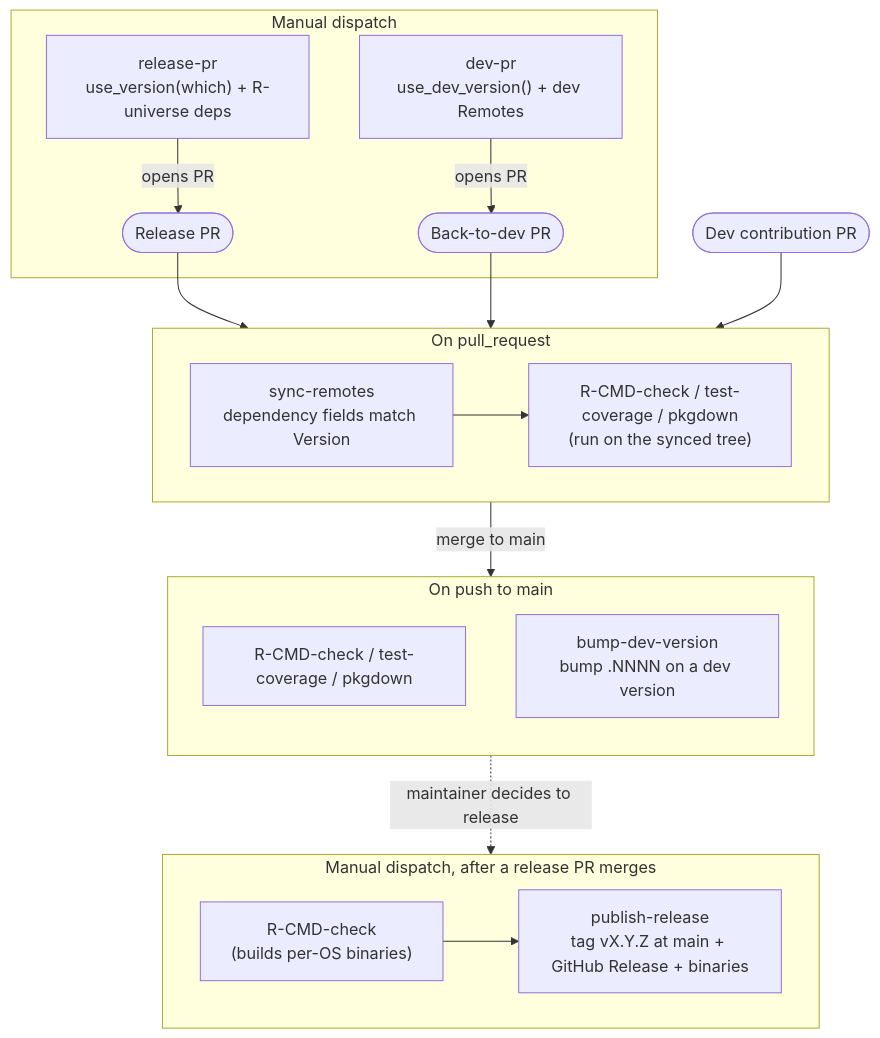
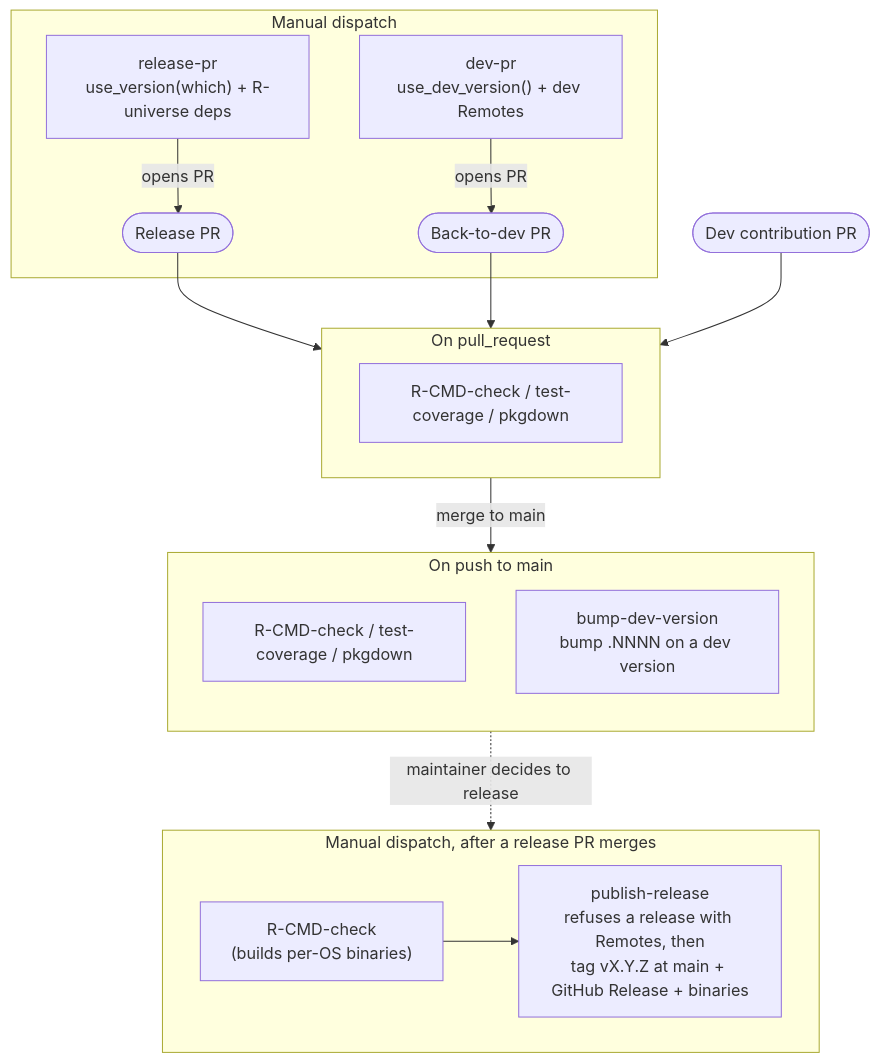
One commit to Open-Systems-Pharmacology/Workflows changed the diagram in README.md. Above: the diagram before and after it, drawn with Mermaid. The commit also changed other lines of this file and 8 other files, not shown here.

First line of the commit message:
Replace sync-remotes with a dependency check in setup-r-env

````diff
--- a/README.md
+++ b/README.md
@@ -280,29 +273,29 @@
 ```mermaid
 flowchart TD
     subgraph dispatch["Manual dispatch"]
       RPR["release-pr<br/>use_version(which) + R-universe deps"] -->|opens PR| RELPR(["Release PR"])
       DPR["dev-pr<br/>use_dev_version() + dev Remotes"] -->|opens PR| DEVPR(["Back-to-dev PR"])
     end
 
     subgraph pr["On pull_request"]
-      SYNC["sync-remotes<br/>dependency fields match Version"] --> CHECK["R-CMD-check / test-coverage / pkgdown<br/>(run on the synced tree)"]
+      CHECK["R-CMD-check / test-coverage / pkgdown"]
     end
 
     RELPR --> pr
     DEVPR --> pr
     CONTRIB(["Dev contribution PR"]) --> pr
 
     pr -->|merge to main| MERGE
 
     subgraph MERGE["On push to main"]
       direction TB
       MCHECK["R-CMD-check / test-coverage / pkgdown"]
       BUMP["bump-dev-version<br/>bump .NNNN on a dev version"]
     end
 
     subgraph publish["Manual dispatch, after a release PR merges"]
-      PCHECK["R-CMD-check<br/>(builds per-OS binaries)"] --> PUB["publish-release<br/>tag vX.Y.Z at main + GitHub Release + binaries"]
+      PCHECK["R-CMD-check<br/>(builds per-OS binaries)"] --> PUB["publish-release<br/>refuses a release with Remotes, then<br/>tag vX.Y.Z at main + GitHub Release + binaries"]
     end
 
     MERGE -.->|maintainer decides to release| publish
 ```
````
